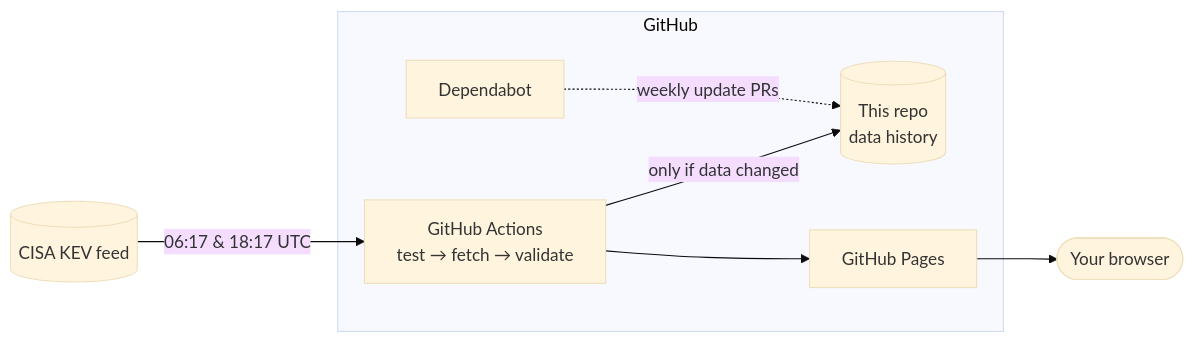
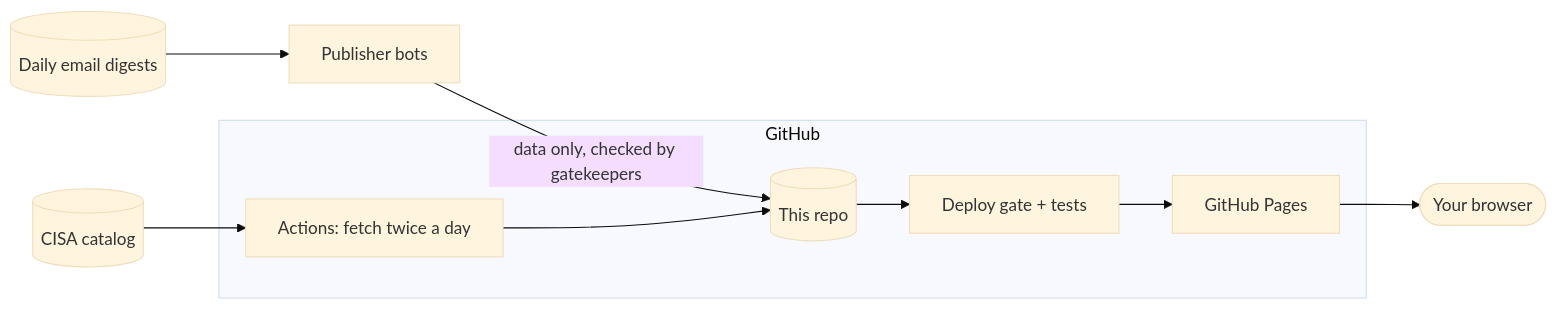
One commit to smashytech/threat-radar changed the diagram in README.md. Above: the diagram before and after it, drawn with Mermaid (base theme). The commit also changed other lines of this file and 3 other files, not shown here.

````diff
--- a/README.md
+++ b/README.md
@@ -24,10 +24,11 @@
 ```mermaid
 flowchart LR
-    CISA[(CISA KEV feed)] -->|06:17 & 18:17 UTC| A
+    CISA[(CISA catalog)] --> A
+    E[(Daily email digests)] --> B[Publisher bots]
+    B -->|data only, checked by gatekeepers| R
     subgraph GitHub
-        A[GitHub Actions<br/>test → fetch → validate] -->|only if data changed| R[(This repo<br/>data history)]
-        A --> P[GitHub Pages]
-        D[Dependabot] -.weekly update PRs.-> R
+        A[Actions: fetch twice a day] --> R[(This repo)]
+        R --> G[Deploy gate + tests] --> P[GitHub Pages]
     end
     P --> V([Your browser])
 ```
````
